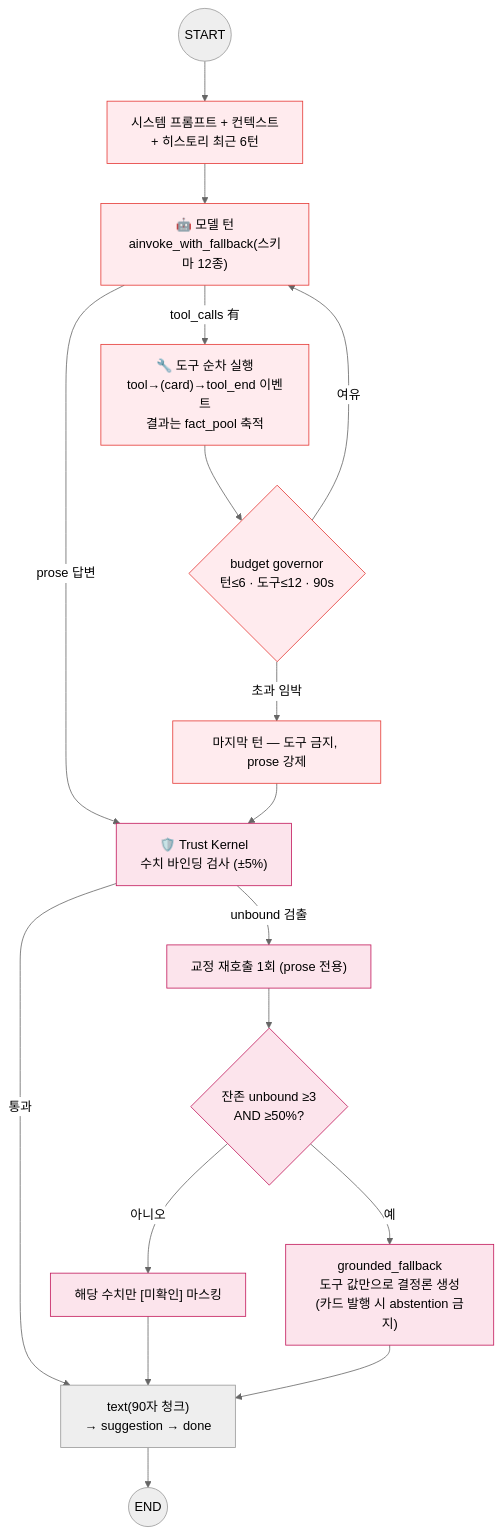
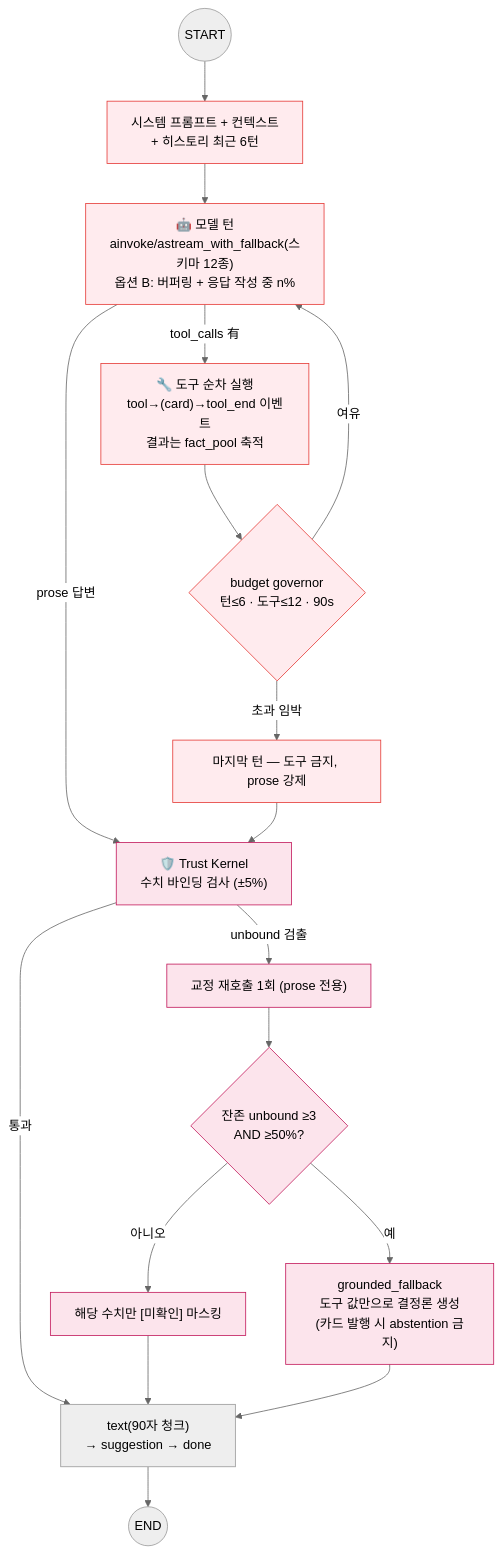
Before and after one commit to SJayKim/Catchment-Area-Analysis: the third of 3 diagrams in docs/learning/ARCHITECTURE-MAP.md, drawn with Mermaid (neutral theme). The commit also changed other lines of this file and 9 other files, not shown here.

````diff
--- a/docs/learning/ARCHITECTURE-MAP.md
+++ b/docs/learning/ARCHITECTURE-MAP.md
@@ -153,24 +156,24 @@
 ```mermaid
 flowchart TB
     START((START)) --> SYS["시스템 프롬프트 + 컨텍스트<br/>+ 히스토리 최근 6턴"]
-    SYS --> TURN["🤖 모델 턴<br/>ainvoke_with_fallback(스키마 12종)"]
+    SYS --> TURN["🤖 모델 턴<br/>ainvoke/astream_with_fallback(스키마 12종)<br/>옵션 B: 버퍼링 + 응답 작성 중 n%"]
     TURN -->|tool_calls 有| EXEC["🔧 도구 순차 실행<br/>tool→(card)→tool_end 이벤트<br/>결과는 fact_pool 축적"]
     EXEC --> BUDGET{"budget governor<br/>턴≤6 · 도구≤12 · 90s"}
     BUDGET -->|여유| TURN
     BUDGET -->|초과 임박| FINAL["마지막 턴 — 도구 금지, prose 강제"]
     TURN -->|prose 답변| TK["🛡️ Trust Kernel<br/>수치 바인딩 검사 (±5%)"]
     FINAL --> TK
     TK -->|unbound 검출| CORR["교정 재호출 1회 (prose 전용)"]
     CORR --> TK2{"잔존 unbound ≥3<br/>AND ≥50%?"}
     TK2 -->|아니오| MASK["해당 수치만 [미확인] 마스킹"]
     TK2 -->|예| GF["grounded_fallback<br/>도구 값만으로 결정론 생성<br/>(카드 발행 시 abstention 금지)"]
     TK -->|통과| OUT["text(90자 청크)<br/>→ suggestion → done"]
     MASK --> OUT
     GF --> OUT
     OUT --> E((END))
 
     classDef agent fill:#ffebee,stroke:#e53935,color:#000
     classDef gate fill:#fce4ec,stroke:#c2185b,color:#000
     class SYS,TURN,EXEC,BUDGET,FINAL agent
     class TK,CORR,TK2,MASK,GF gate
 ```
````
